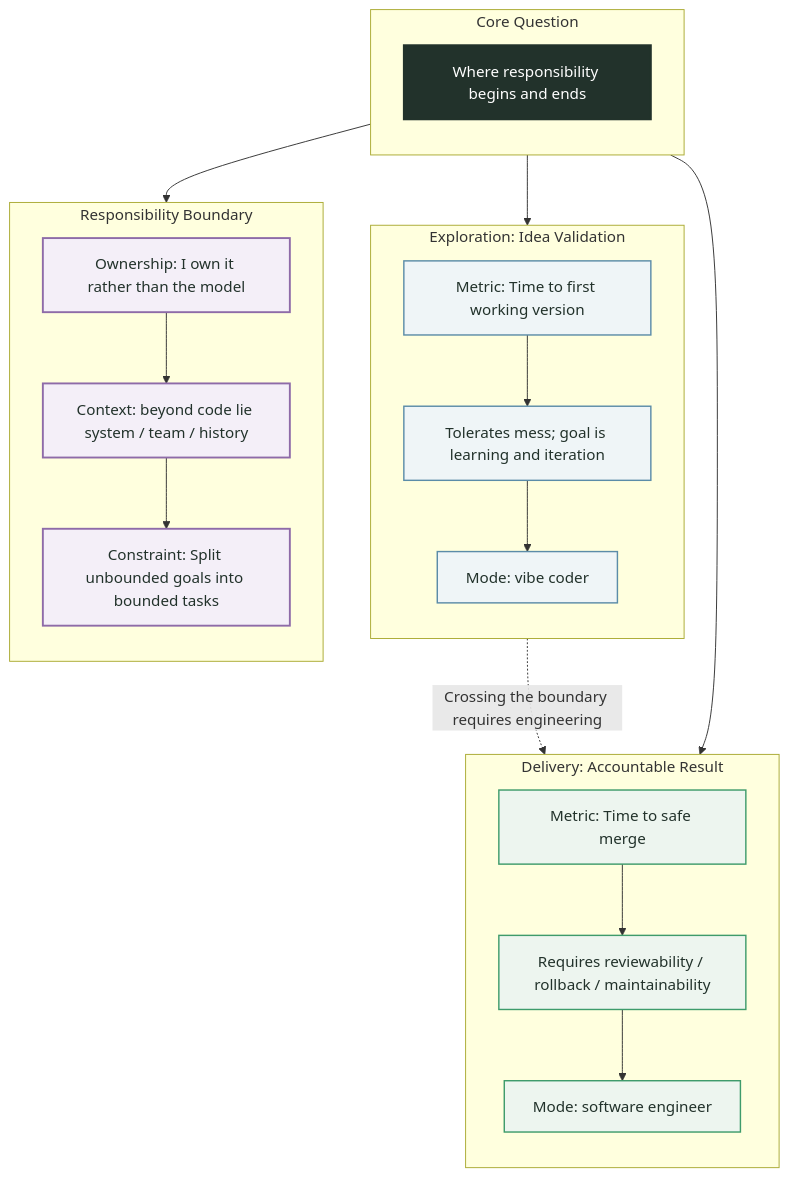
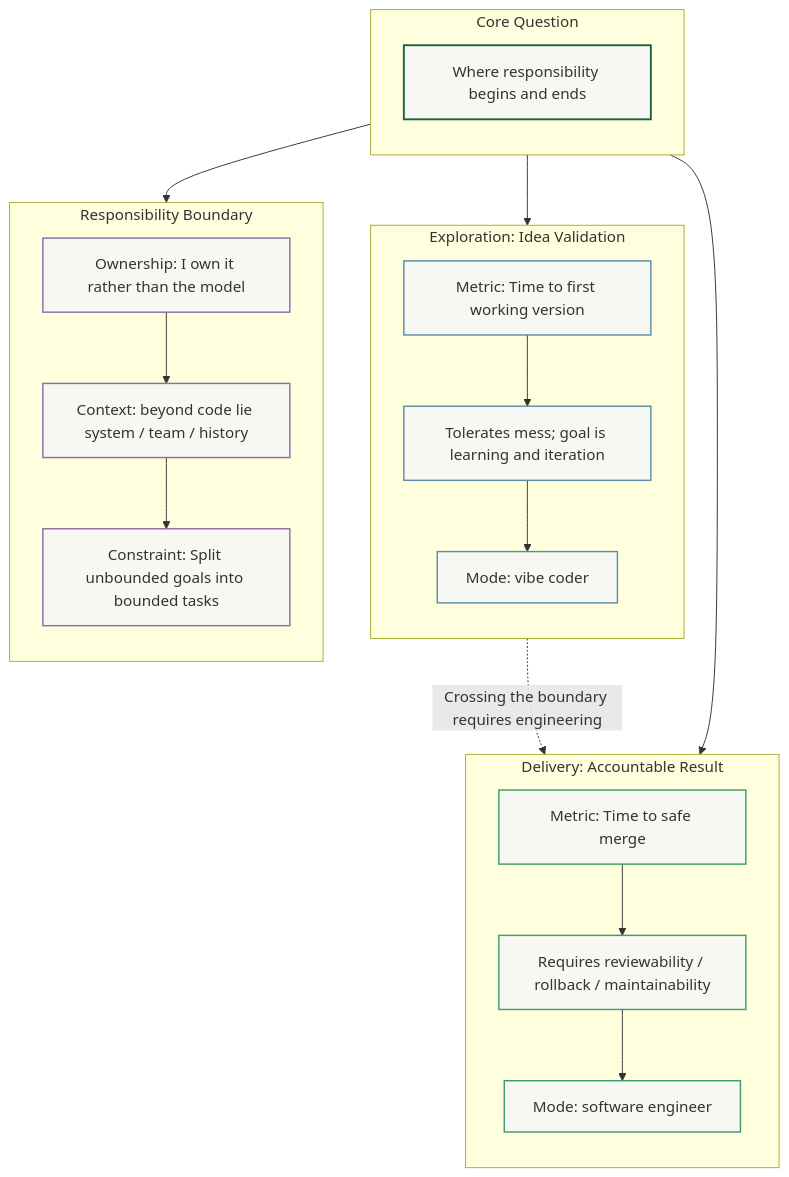
Before and after one commit to Fatejian/frontier-vault: the diagram in docs/en/career/vibe-coder-vs-software-engineer.md, drawn with Mermaid. The commit also changed 65 other files, not shown here.

First line of the commit message:
fix(theme): unify mermaid chart palette and remove solid core fills

````diff
--- a/docs/en/career/vibe-coder-vs-software-engineer.md
+++ b/docs/en/career/vibe-coder-vs-software-engineer.md
@@ -146,47 +146,47 @@
 ```mermaid
 flowchart TB
     subgraph CORE["Core Question"]
         direction TB
         C["Where responsibility begins and ends"]
     end
 
     subgraph EXPLORE["Exploration: Idea Validation"]
         direction TB
         E1["Metric: Time to first working version"]
         E2["Tolerates mess; goal is learning and iteration"]
         E3["Mode: vibe coder"]
     end
 
     subgraph DELIVER["Delivery: Accountable Result"]
         direction TB
         D1["Metric: Time to safe merge"]
         D2["Requires reviewability / rollback / maintainability"]
         D3["Mode: software engineer"]
     end
 
     subgraph BOUNDARY["Responsibility Boundary"]
         direction TB
         B1["Ownership: I own it rather than the model"]
         B2["Context: beyond code lie system / team / history"]
         B3["Constraint: Split unbounded goals into bounded tasks"]
     end
 
     C --> E1
     C --> D1
     C --> B1
     E1 --> E2 --> E3
     D1 --> D2 --> D3
     B1 --> B2 --> B3
     E3 -.->|"Crossing the boundary requires engineering"| D3
 
-    classDef core fill:#22322B,color:#fff,stroke:#22322B,stroke-width:2px
-    classDef wait fill:#EFF5F7,stroke:#5B8CA8,color:#22322B,stroke-width:1.5px
-    classDef block fill:#FBF5EA,stroke:#B27B2C,color:#22322B,stroke-width:1.5px
-    classDef work fill:#EDF5EF,stroke:#3E9B6B,color:#22322B,stroke-width:1.5px
-    classDef metric fill:#F4EFF8,stroke:#8E6BA8,color:#22322B,stroke-width:2px
+    classDef core fill:#F7F7F3,stroke:#176540,stroke-width:2px;
+    classDef wait fill:#F7F7F3,stroke:#5B8CA8,stroke-width:1.5px;
+    classDef block fill:#F7F7F3,stroke:#B27B2C,stroke-width:1.5px;
+    classDef work fill:#F7F7F3,stroke:#3E9B6B,stroke-width:1.5px;
+    classDef metric fill:#F7F7F3,stroke:#8E6BA8,stroke-width:1.5px;
 
     class C core
     class E1,E2,E3 wait
     class D1,D2,D3 work
     class B1,B2,B3 metric
 ```
````
